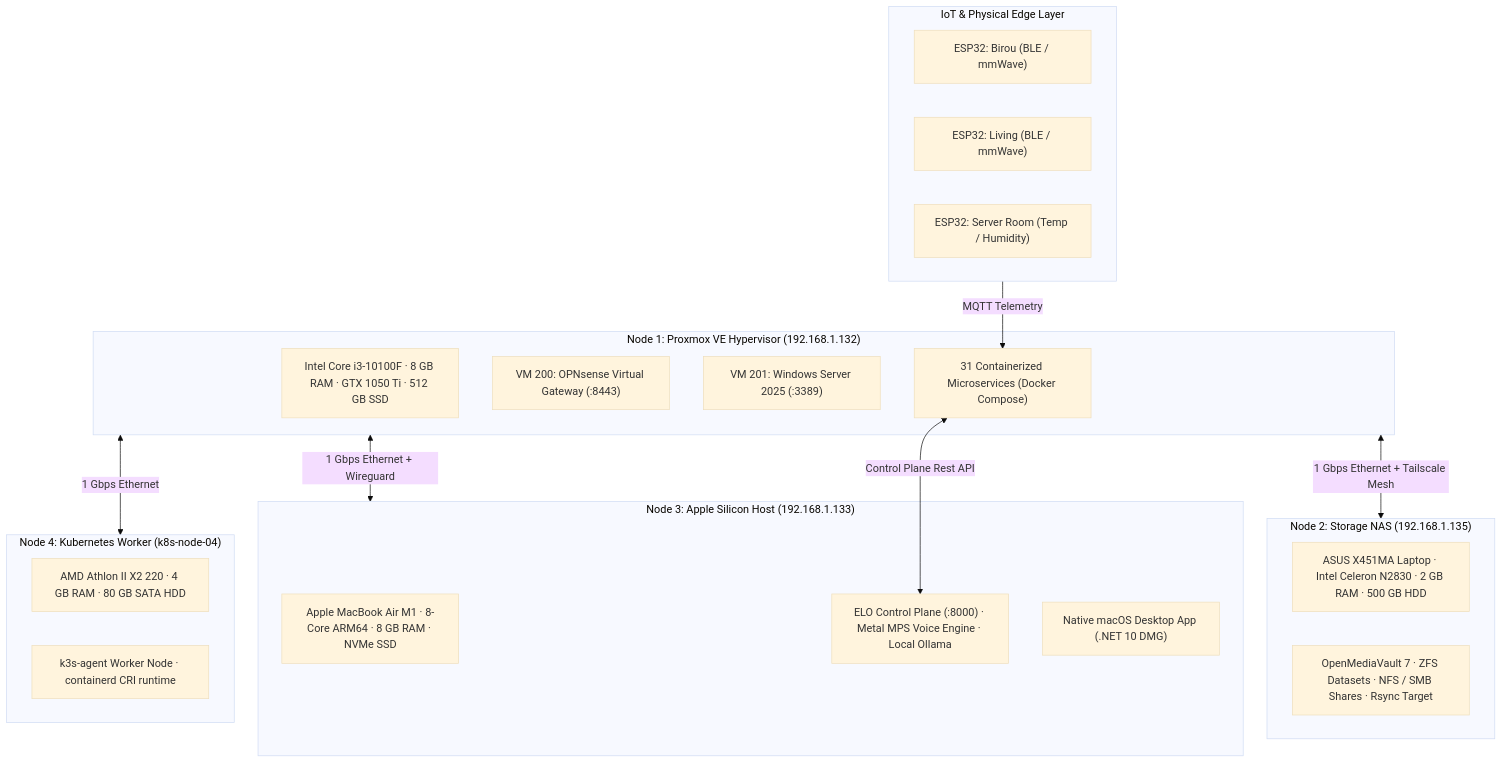
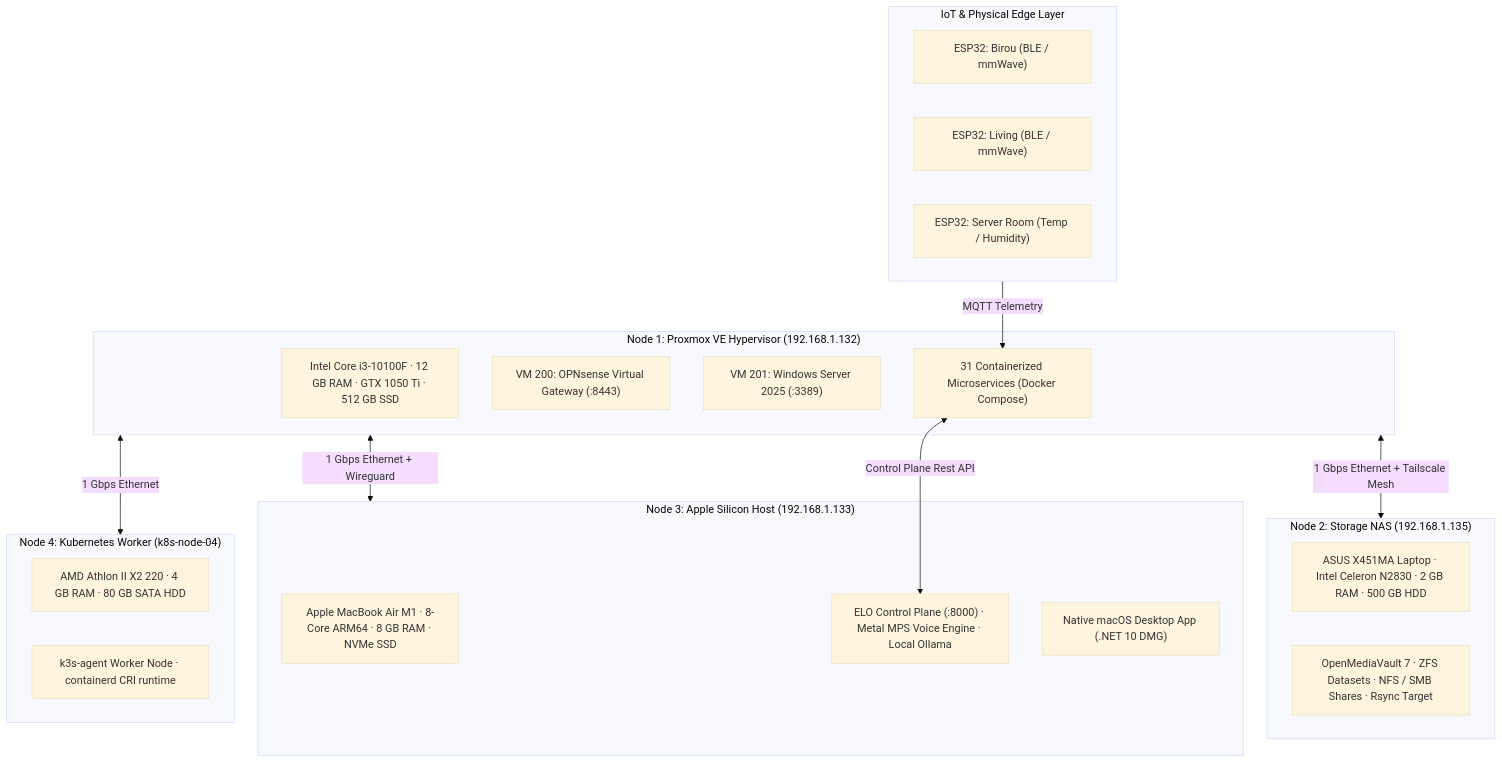
One commit to stefanutc1/datacenter changed the first of 4 diagrams in ARCHITECTURE.md. Above: the diagram before and after it, drawn with Mermaid (base theme). The commit also changed 10 other files, not shown here.

Commit message:
docs(hardware): update Node 1 primary hypervisor memory from 8GB to 12GB DDR4 RAM and ZRAM to 6.0GB across all READMEs and architecture specs

````diff
--- a/ARCHITECTURE.md
+++ b/ARCHITECTURE.md
@@ -20,37 +20,37 @@
 ```mermaid
 graph TB
     subgraph NODE1["Node 1: Proxmox VE Hypervisor (192.168.1.132)"]
-        PVE_HW["Intel Core i3-10100F · 8 GB RAM · GTX 1050 Ti · 512 GB SSD"]
+        PVE_HW["Intel Core i3-10100F · 12 GB RAM · GTX 1050 Ti · 512 GB SSD"]
         VM200["VM 200: OPNsense Virtual Gateway (:8443)"]
         VM201["VM 201: Windows Server 2025 (:3389)"]
         LXC_STACK["31 Containerized Microservices (Docker Compose)"]
     end
 
     subgraph NODE2["Node 2: Storage NAS (192.168.1.135)"]
         OMV_HW["ASUS X451MA Laptop · Intel Celeron N2830 · 2 GB RAM · 500 GB HDD"]
         OMV_APP["OpenMediaVault 7 · ZFS Datasets · NFS / SMB Shares · Rsync Target"]
     end
 
     subgraph NODE3["Node 3: Apple Silicon Host (192.168.1.133)"]
         M1_HW["Apple MacBook Air M1 · 8-Core ARM64 · 8 GB RAM · NVMe SSD"]
         ELO_ENGINE["ELO Control Plane (:8000) · Metal MPS Voice Engine · Local Ollama"]
         MACOS_APP["Native macOS Desktop App (.NET 10 DMG)"]
     end
 
     subgraph NODE4["Node 4: Kubernetes Worker (k8s-node-04)"]
         K8S_HW["AMD Athlon II X2 220 · 4 GB RAM · 80 GB SATA HDD"]
         K3S_AGENT["k3s-agent Worker Node · containerd CRI runtime"]
     end
 
     subgraph EDGE["IoT & Physical Edge Layer"]
         ESP_OFFICE["ESP32: Birou (BLE / mmWave)"]
         ESP_LIVING["ESP32: Living (BLE / mmWave)"]
         ESP_SERVER["ESP32: Server Room (Temp / Humidity)"]
     end
 
     NODE1 <-->|"1 Gbps Ethernet + Tailscale Mesh"| NODE2
     NODE1 <-->|"1 Gbps Ethernet + Wireguard"| NODE3
     NODE1 <-->|"1 Gbps Ethernet"| NODE4
     EDGE -->|"MQTT Telemetry"| LXC_STACK
     LXC_STACK <-->|"Control Plane Rest API"| ELO_ENGINE
 ```
````
